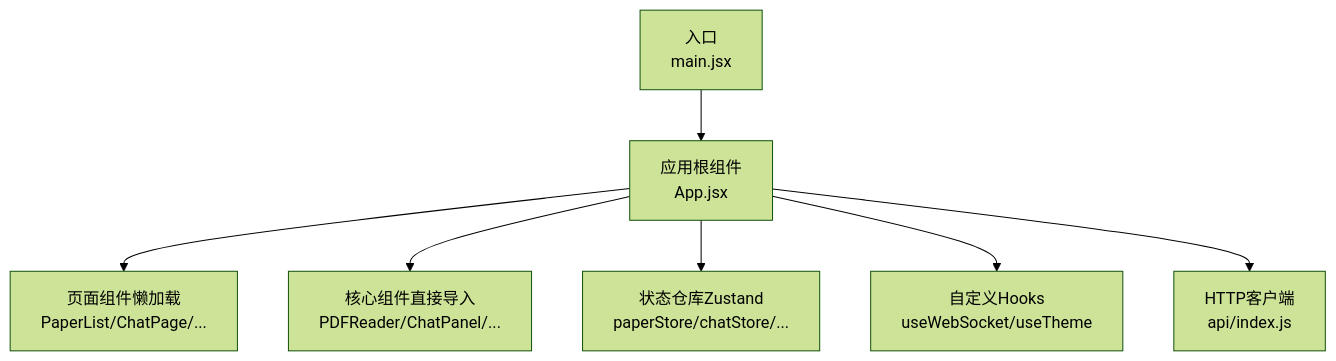
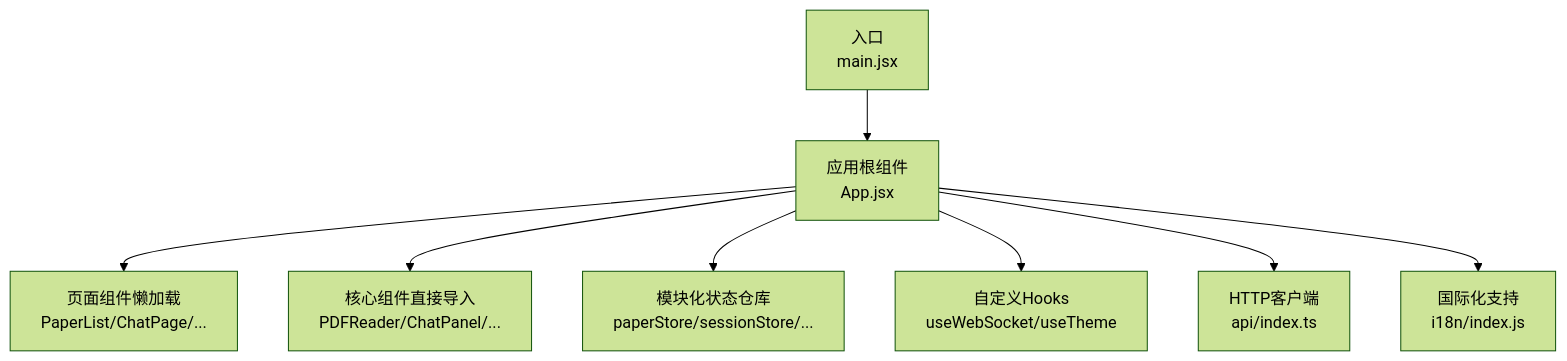
One commit to laohanhahaha/PaperChat changed the first of 8 diagrams in .qoder/repowiki/zh/content/前端系统/前端系统.md. Above: the diagram before and after it, drawn with Mermaid (forest theme). The commit also changed other lines of this file and 8 other files, not shown here.

````diff
--- a/.qoder/repowiki/zh/content/前端系统/前端系统.md
+++ b/.qoder/repowiki/zh/content/前端系统/前端系统.md
@@ -52,9 +79,10 @@
 ```mermaid
 graph TB
 A["入口<br/>main.jsx"] --> B["应用根组件<br/>App.jsx"]
 B --> C["页面组件懒加载<br/>PaperList/ChatPage/..."]
 B --> D["核心组件直接导入<br/>PDFReader/ChatPanel/..."]
-B --> E["状态仓库Zustand<br/>paperStore/chatStore/..."]
+B --> E["模块化状态仓库<br/>paperStore/sessionStore/..."]
 B --> F["自定义Hooks<br/>useWebSocket/useTheme"]
-B --> G["HTTP客户端<br/>api/index.js"]
+B --> G["HTTP客户端<br/>api/index.ts"]
+B --> H["国际化支持<br/>i18n/index.js"]
 ```
````
